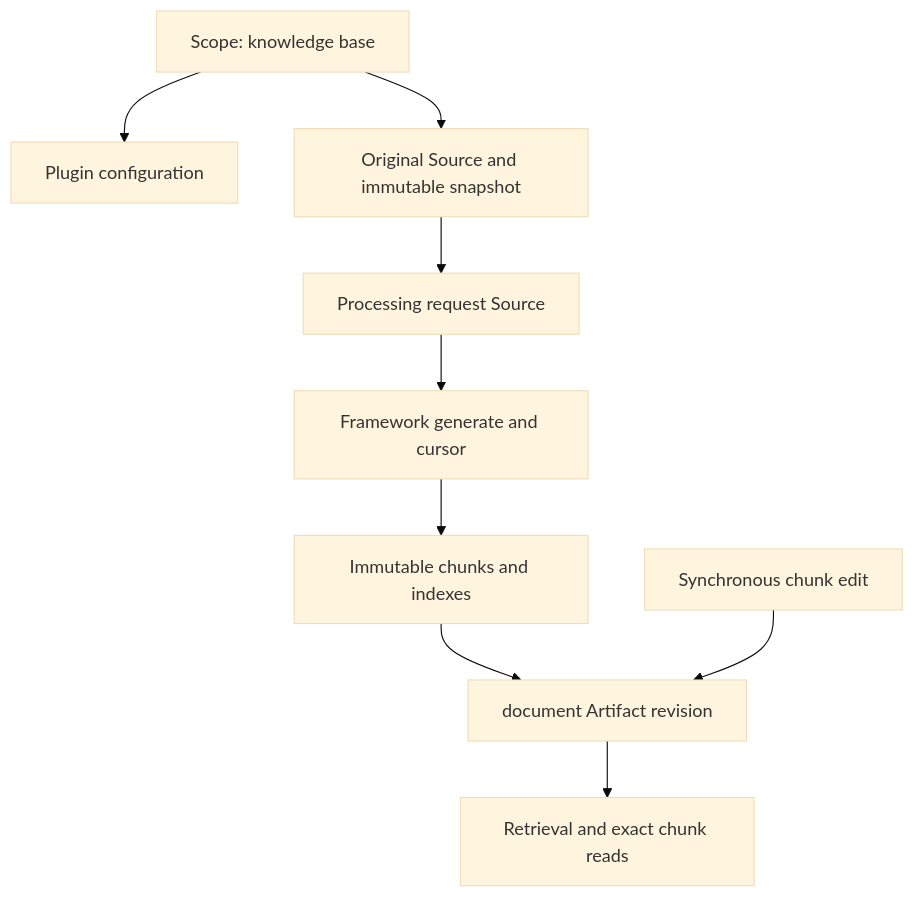
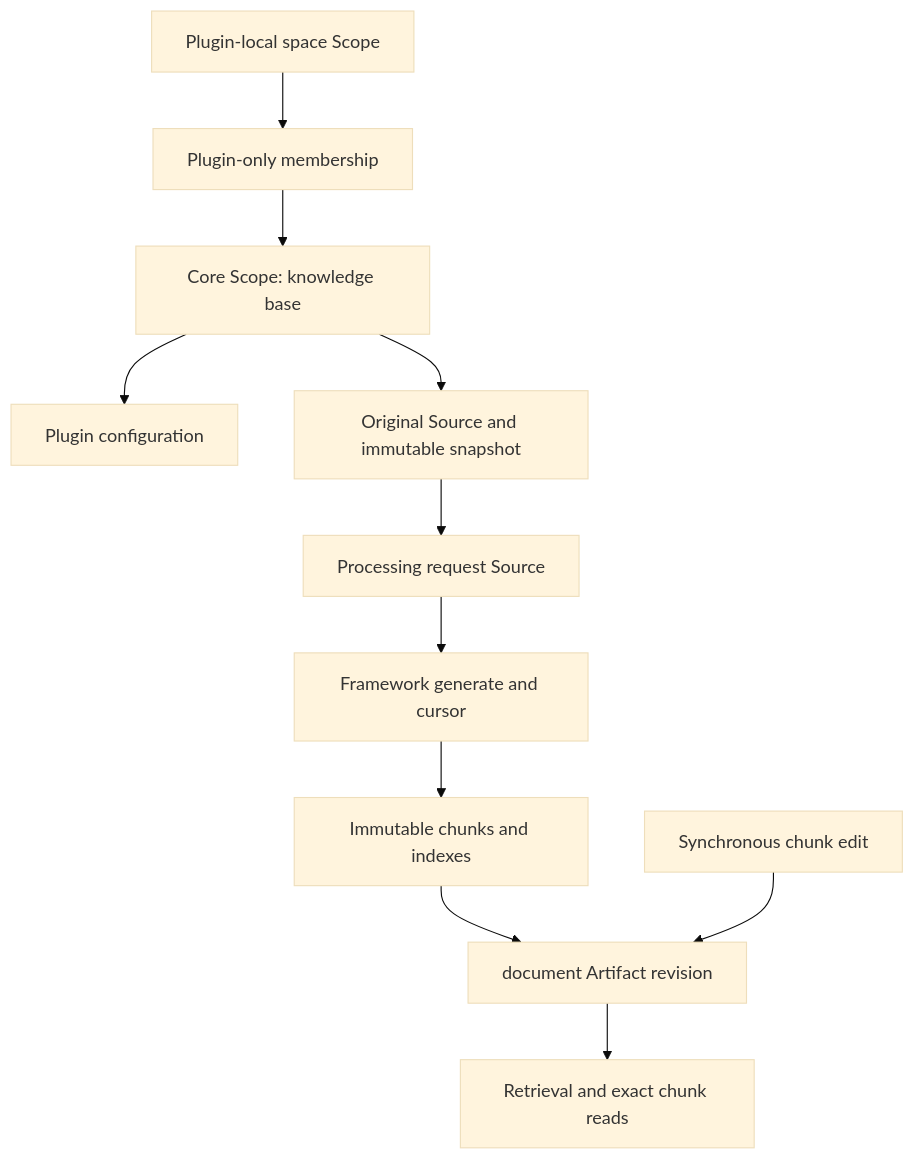
The diagram in docs/en/rfcs/2570-knowledge-base.md (oceanbase/powercontext), drawn with Mermaid (base theme) before and after one commit. The commit also changed other lines of this file and 1 other file, not shown here.

Commit message:
docs(rfc): define plugin-local spaces and knowledge base dashboard

````diff
--- a/docs/en/rfcs/2570-knowledge-base.md
+++ b/docs/en/rfcs/2570-knowledge-base.md
@@ -66,11 +72,13 @@
 ```mermaid
 flowchart TD
-  S[Scope: knowledge base] --> C[Plugin configuration]
+  P[Plugin-local space Scope] --> M[Plugin-only membership]
+  M --> S[Core Scope: knowledge base]
+  S --> C[Plugin configuration]
   S --> O[Original Source and immutable snapshot]
   O --> R[Processing request Source]
   R --> G[Framework generate and cursor]
   G --> I[Immutable chunks and indexes]
   I --> D[document Artifact revision]
   U[Synchronous chunk edit] --> D
   D --> Q[Retrieval and exact chunk reads]
 ```
````
